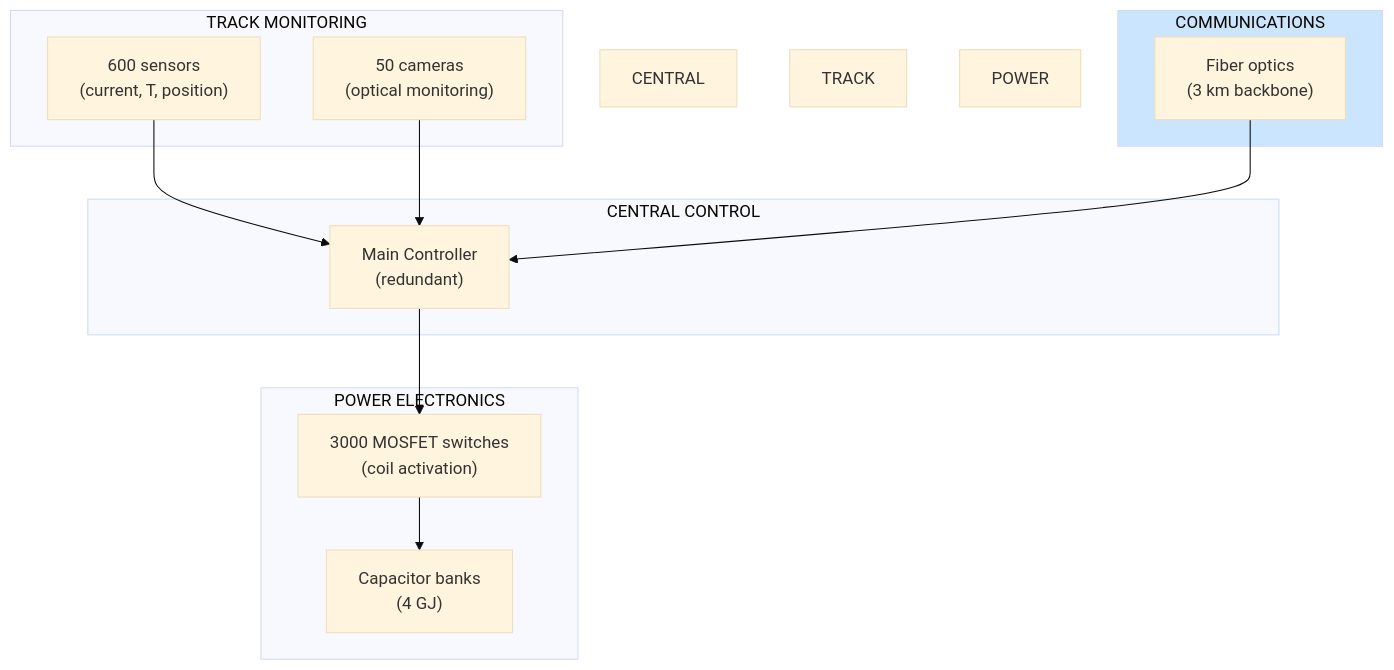
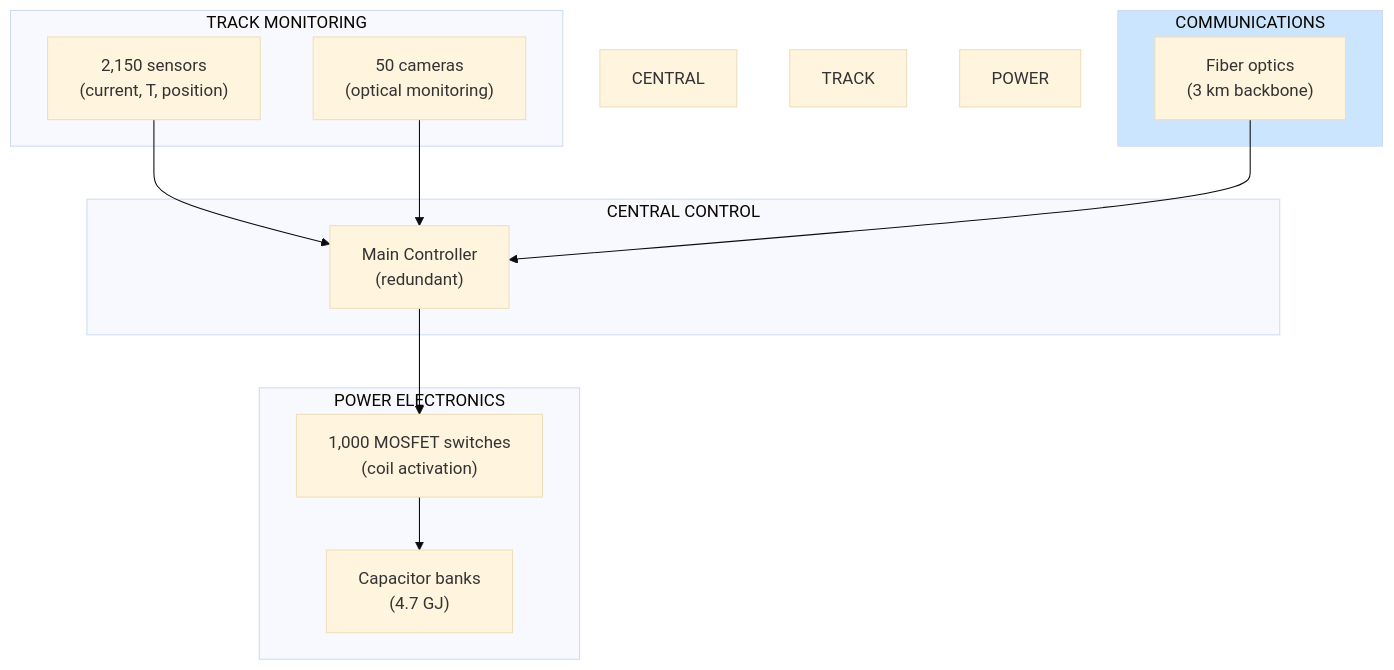
The diagram in en/science/detailed/railguns/assembly/electronics.qmd (DmitryNasikanov/infinite-energy), drawn with Mermaid (base theme) before and after one commit. The commit also changed other lines of this file and 37 other files, not shown here.

````diff
--- a/en/science/detailed/railguns/assembly/electronics.qmd
+++ b/en/science/detailed/railguns/assembly/electronics.qmd
@@ -23,31 +23,31 @@
 ```{mermaid}
 flowchart TD
     subgraph CENTRAL CONTROL
         MASTER["Main Controller<br/>(redundant)"]
     end
 
     subgraph TRACK MONITORING
-        SENSORS["600 sensors<br/>(current, T, position)"]
+        SENSORS["2,150 sensors<br/>(current, T, position)"]
         CAMERAS["50 cameras<br/>(optical monitoring)"]
     end
 
     subgraph POWER ELECTRONICS
-        MOSFET["3000 MOSFET switches<br/>(coil activation)"]
-        CAPS["Capacitor banks<br/>(4 GJ)"]
+        MOSFET["1,000 MOSFET switches<br/>(coil activation)"]
+        CAPS["Capacitor banks<br/>(4.7 GJ)"]
     end
 
     subgraph COMMUNICATIONS
         FIBER["Fiber optics<br/>(3 km backbone)"]
     end
 
     SENSORS --> MASTER
     CAMERAS --> MASTER
     MASTER --> MOSFET
     MOSFET --> CAPS
     FIBER --> MASTER
 
     style CENTRAL CONTROL fill:#f0e68c
     style TRACK MONITORING fill:#fff3cd
     style POWER ELECTRONICS fill:#d4edda
     style COMMUNICATIONS fill:#cce5ff
 ```
````
